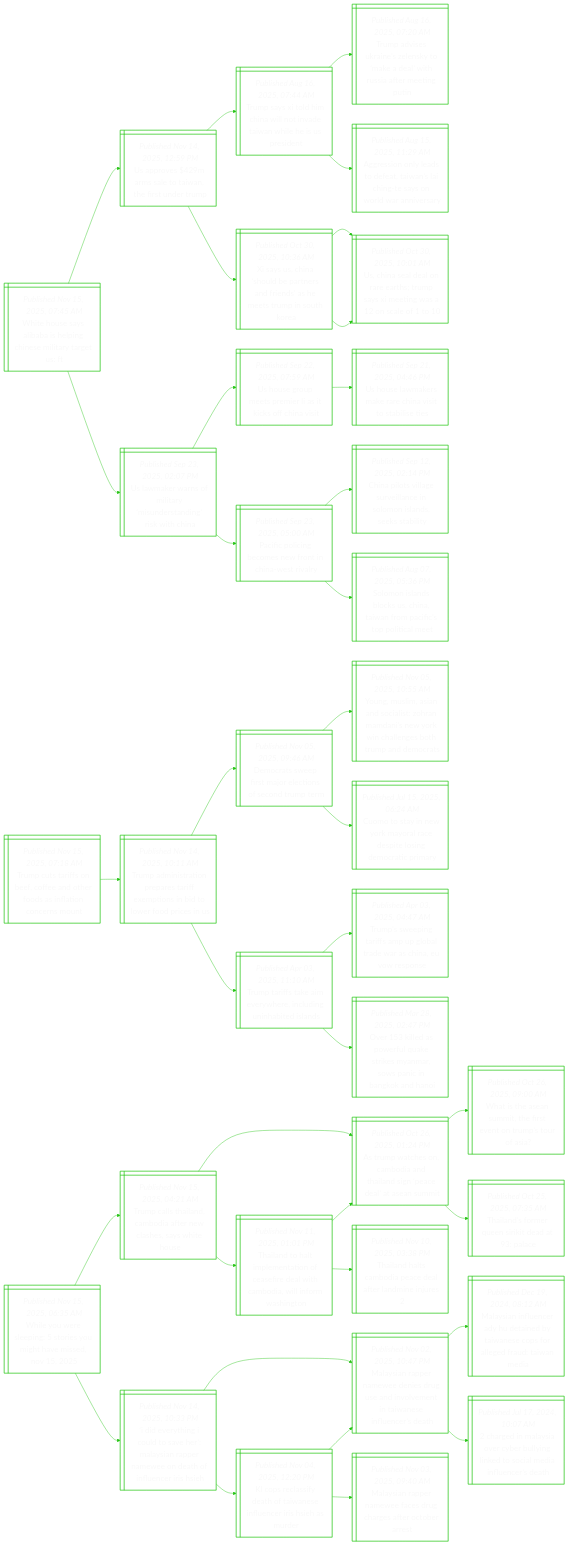
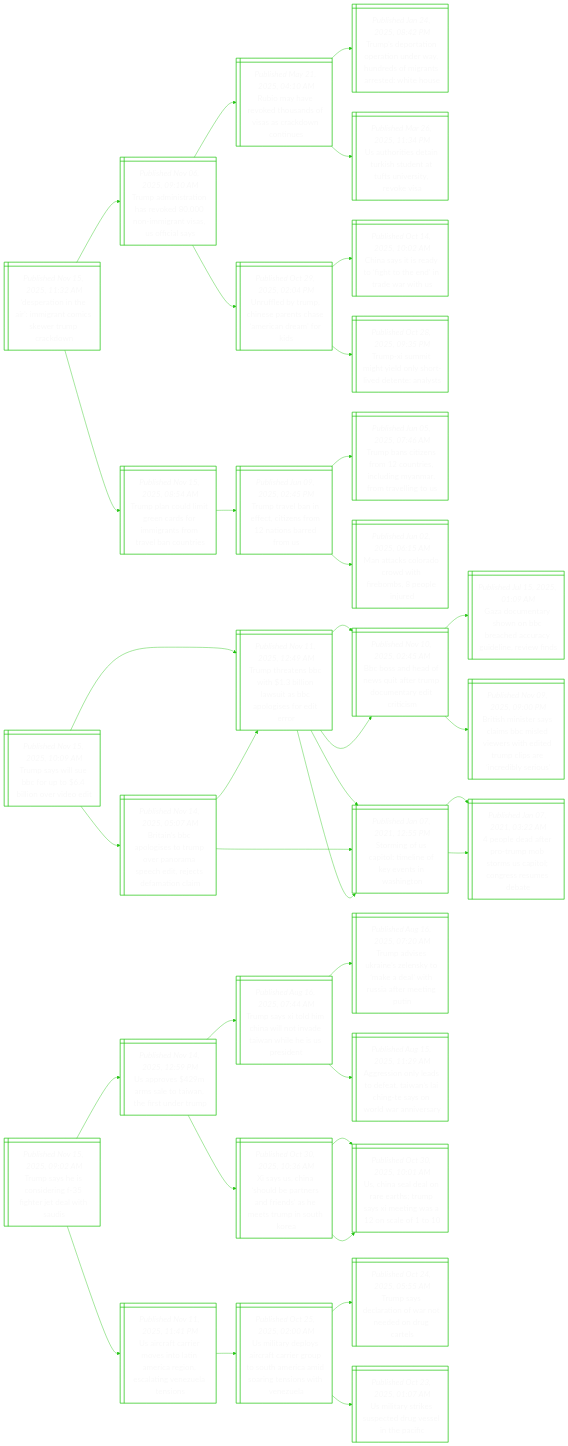
The diagram in README.md (notJmes/notJmes), drawn with Mermaid before and after one commit. The commit also changed other lines of this file, not shown here.

````diff
--- a/README.md
+++ b/README.md
@@ -16,8 +16,85 @@
 flowchart LR
 classDef txtsize font-size:20px;
 
-WHslalCsitt@{ shape: win-pane, label: "_Published Nov 15, 2025, 07:45 AM_
-White house says alibaba is helping chinese military target us: ft" }
+DrnemamkTcd@{ shape: win-pane, label: "_Published Nov 15, 2025, 11:32 AM_
+‘desperation in the air’: immigrant comics skewer trump crackdown" }
+Taitaooitsfl@{ shape: win-pane, label: "_Published Nov 06, 2025, 09:10 AM_
+Trump administration has revoked 80,000 non-immigrant visas, us official says" }
+Rmvohnvacni@{ shape: win-pane, label: "_Published May 21, 2025, 04:10 AM_
+Rubio may have revoked thousands of visas as crackdown continues" }
+TsrornruditeWH@{ shape: win-pane, label: "_Published Jan 24, 2025, 08:42 PM_
+Trump’s deportation operation under way, hundreds of migrants arrested: white house" }
+UhituheTUrre@{ shape: win-pane, label: "_Published Mar 26, 2025, 11:34 PM_
+Us authorities detain turkish student at tufts university, revoke visa" }
+UfypercAcer@{ shape: win-pane, label: "_Published Oct 29, 2025, 02:04 PM_
+Unruffled by trump, chinese parents chase ‘american dream’ for kids" }
+Cstaftetwt@{ shape: win-pane, label: "_Published Oct 14, 2025, 10:02 AM_
+China says it is ready to ‘fight to the end’ in trade war with us" }
+TXmgelreent@{ shape: win-pane, label: "_Published Oct 28, 2025, 09:35 PM_
+Trump-xi summit might yield only short-lived detente: analysts" }
+Tpoiraoitmecr@{ shape: win-pane, label: "_Published Nov 15, 2025, 08:54 AM_
+Trump plan could limit green cards for immigrants from travel ban countries" }
+Ttlncifasem@{ shape: win-pane, label: "_Published Jun 09, 2025, 02:45 PM_
+Trump travel ban in effect, citizens from 12 nations barred from us" }
+Tbinmtidyrtlt@{ shape: win-pane, label: "_Published Jun 05, 2025, 07:46 AM_
+Trump bans citizens from 12 countries, including myanmar, from travelling to us" }
+MtCaoteslu@{ shape: win-pane, label: "_Published Jun 02, 2025, 06:15 AM_
+Man attacks colorado crowd with firebombs, 8 people injured" }
+
+DrnemamkTcd:::txtsize --> Taitaooitsfl:::txtsize
+Taitaooitsfl:::txtsize --> Rmvohnvacni:::txtsize
+Rmvohnvacni:::txtsize --> TsrornruditeWH:::txtsize
+Rmvohnvacni:::txtsize --> UhituheTUrre:::txtsize
+Taitaooitsfl:::txtsize --> UfypercAcer:::txtsize
+UfypercAcer:::txtsize --> Cstaftetwt:::txtsize
+UfypercAcer:::txtsize --> TXmgelreent:::txtsize
+DrnemamkTcd:::txtsize --> Tpoiraoitmecr:::txtsize
+Tpoiraoitmecr:::txtsize --> Ttlncifasem:::txtsize
+Ttlncifasem:::txtsize --> Tbinmtidyrtlt:::txtsize
+Ttlncifasem:::txtsize --> MtCaoteslu:::txtsize
+
+Tsieooieet@{ shape: win-pane, label: "_Published Nov 15, 2025, 10:09 AM_
+Trump says will sue bbc for up to $6.4 billion over video edit" }
+TttBhiwaagfio@{ shape: win-pane, label: "_Published Nov 11, 2025, 12:49 AM_
+Trump threatens bbc with $1.3 billion lawsuit as bbc apologises for edit error" }
+Bshfqfroneri@{ shape: win-pane, label: "_Published Nov 10, 2025, 02:45 AM_
+Bbc boss and head of news quit after trump documentary edit criticism" }
+Gonsobhcyerws@{ shape: win-pane, label: "_Published Jul 15, 2025, 01:09 AM_
+Gaza documentary shown on bbc breached accuracy guideline, review finds" }
+BsislBsisedpsnies@{ shape: win-pane, label: "_Published Nov 09, 2025, 09:00 PM_
+British minister says claims bbc misled viewers with edited trump clips are ‘incredibly serious’" }
+SiUiinenWn@{ shape: win-pane, label: "_Published Jan 07, 2021, 12:55 PM_
+Storming of us capitol: timeline of key events in washington" }
+peapubmalrest@{ shape: win-pane, label: "_Published Jan 07, 2021, 03:22 AM_
+4 people dead after pro-trump mob storms us capitol; congress resumes debate" }
+BiCosueoshrtaoi@{ shape: win-pane, label: "_Published Nov 14, 2025, 05:07 AM_
+Britain’s bbc apologises to trump over panorama speech edit, rejects defamation claim" }
+SiUiinenWn@{ shape: win-pane, label: "_Published Jan 07, 2021, 12:55 PM_
+Storming of us capitol: timeline of key events in washington" }
+peapubmalrest@{ shape: win-pane, label: "_Published Jan 07, 2021, 03:22 AM_
+4 people dead after pro-trump mob storms us capitol; congress resumes debate" }
+TttBhiwaagfio@{ shape: win-pane, label: "_Published Nov 11, 2025, 12:49 AM_
+Trump threatens bbc with $1.3 billion lawsuit as bbc apologises for edit error" }
+Bshfqfroneri@{ shape: win-pane, label: "_Published Nov 10, 2025, 02:45 AM_
+Bbc boss and head of news quit after trump documentary edit criticism" }
+SiUiinenWn@{ shape: win-pane, label: "_Published Jan 07, 2021, 12:55 PM_
+Storming of us capitol: timeline of key events in washington" }
+
+Tsieooieet:::txtsize --> TttBhiwaagfio:::txtsize
+TttBhiwaagfio:::txtsize --> Bshfqfroneri:::txtsize
+Bshfqfroneri:::txtsize --> Gonsobhcyerws:::txtsize
+Bshfqfroneri:::txtsize --> BsislBsisedpsnies:::txtsize
+TttBhiwaagfio:::txtsize --> SiUiinenWn:::txtsize
+SiUiinenWn:::txtsize --> peapubmalrest:::txtsize
+Tsieooieet:::txtsize --> BiCosueoshrtaoi:::txtsize
+BiCosueoshrtaoi:::txtsize --> SiUiinenWn:::txtsize
+SiUiinenWn:::txtsize --> peapubmalrest:::txtsize
+BiCosueoshrtaoi:::txtsize --> TttBhiwaagfio:::txtsize
+TttBhiwaagfio:::txtsize --> Bshfqfroneri:::txtsize
+TttBhiwaagfio:::txtsize --> SiUiinenWn:::txtsize
+
+Tsenrfediu@{ shape: win-pane, label: "_Published Nov 15, 2025, 09:02 AM_
+Trump says he is considering f-35 fighter jet deal with saudis" }
 UrmsoafuT@{ shape: win-pane, label: "_Published Nov 14, 2025, 12:59 PM_
 Us approves $429m arms sale to taiwan, the first under trump" }
 Tsihiliealsen@{ shape: win-pane, label: "_Published Aug 16, 2025, 07:44 AM_
@@ -32,102 +109,25 @@
 Us, china seal deal on rare earths; trump says xi meeting was a 12 on scale of 1 to 10" }
 Unloehmsewne@{ shape: win-pane, label: "_Published Oct 30, 2025, 10:01 AM_
 Us, china seal deal on rare earths; trump says xi meeting was a 12 on scale of 1 to 10" }
-Umwoimdagwh@{ shape: win-pane, label: "_Published Sep 23, 2025, 02:07 PM_
-Us lawmaker warns of military ‘misunderstanding’ risk with china" }
-Usutmikois@{ shape: win-pane, label: "_Published Sep 22, 2025, 07:59 AM_
-Us house group meets premier li as it kicks off china visit" }
-Usmsrhioit@{ shape: win-pane, label: "_Published Sep 21, 2025, 04:46 PM_
-Us house lawmakers make rare china visit to stabilise ties" }
-Piibefintl@{ shape: win-pane, label: "_Published Sep 23, 2025, 05:00 AM_
-Pacific policing becomes new front in china-west rivalry" }
-Cpsarliosssi@{ shape: win-pane, label: "_Published Sep 12, 2025, 02:14 PM_
-China pilots village surveillance in solomon islands, seeks stability" }
-SoalUnwoitlat@{ shape: win-pane, label: "_Published Aug 07, 2025, 05:36 PM_
-Solomon islands blocks us, china, taiwan from pacific’s top political meet" }
+Ucceeonigsteens@{ shape: win-pane, label: "_Published Nov 11, 2025, 11:41 PM_
+Us aircraft carrier moves into latin america region, escalating venezuela tensions" }
+Uidycceuomasnswee@{ shape: win-pane, label: "_Published Oct 25, 2025, 02:00 AM_
+Us military deploys aircraft carrier group to south america amid soaring tensions with venezuela" }
+Tseaonencl@{ shape: win-pane, label: "_Published Oct 24, 2025, 05:55 AM_
+Trump says declaration of war not needed on drug cartels" }
+Uisepdvlef@{ shape: win-pane, label: "_Published Oct 23, 2025, 01:07 AM_
+Us military strikes suspected drug vessel in the pacific" }
 
-WHslalCsitt:::txtsize --> UrmsoafuT:::txtsize
+Tsenrfediu:::txtsize --> UrmsoafuT:::txtsize
 UrmsoafuT:::txtsize --> Tsihiliealsen:::txtsize
 Tsihiliealsen:::txtsize --> TaeaZsmdisfegn:::txtsize
 Tsihiliealsen:::txtsize --> Asoeoawanawwns:::txtsize
 UrmsoafuT:::txtsize --> XsioenneseuSK:::txtsize
 XsioenneseuSK:::txtsize --> Unloehmsewne:::txtsize
 XsioenneseuSK:::txtsize --> Unloehmsewne:::txtsize
-WHslalCsitt:::txtsize --> Umwoimdagwh:::txtsize
-Umwoimdagwh:::txtsize --> Usutmikois:::txtsize
-Usutmikois:::txtsize --> Usmsrhioit:::txtsize
-Umwoimdagwh:::txtsize --> Piibefintl:::txtsize
-Piibefintl:::txtsize --> Cpsarliosssi:::txtsize
-Piibefintl:::txtsize --> SoalUnwoitlat:::txtsize
-
-Tcasefdrsfocm@{ shape: win-pane, label: "_Published Nov 15, 2025, 07:18 AM_
-Trump cuts tariffs on beef, coffee and other foods as inflation concerns mount" }
-Taitreieoblfri@{ shape: win-pane, label: "_Published Nov 14, 2025, 10:11 AM_
-Trump administration prepares tariff exemptions in bid to lower food prices in us" }
-Drwialosdp@{ shape: win-pane, label: "_Published Nov 05, 2025, 09:46 AM_
-Democrats sweep first major elections of second trump term" }
-YMmnoihaiYilehpea@{ shape: win-pane, label: "_Published Nov 05, 2025, 10:55 AM_
-Young, muslim, asian and socialist: zohran mamdani’s new york win challenges both trump and democrats" }
-Ctywmaeiseary@{ shape: win-pane, label: "_Published Jul 15, 2025, 06:24 AM_
-Cuomo to stay in new york mayoral race despite losing democratic primary" }
-Ttfevhniiiss@{ shape: win-pane, label: "_Published Apr 03, 2025, 11:10 AM_
-Trump tariffs take aim everywhere, including uninhabited islands" }
-Tspaspadanop@{ shape: win-pane, label: "_Published Apr 03, 2025, 04:47 AM_
-Trump’s sweeping tariffs amp up global trade war as china, eu vow response" }
-OiaeqsenonBoH@{ shape: win-pane, label: "_Published Mar 28, 2025, 02:47 PM_
-Over 153 killed as powerful quake strikes myanmar, sows panic in bangkok and hanoi" }
-
-Tcasefdrsfocm:::txtsize --> Taitreieoblfri:::txtsize
-Taitreieoblfri:::txtsize --> Drwialosdp:::txtsize
-Drwialosdp:::txtsize --> YMmnoihaiYilehpea:::txtsize
-Drwialosdp:::txtsize --> Ctywmaeiseary:::txtsize
-Taitreieoblfri:::txtsize --> Ttfevhniiiss:::txtsize
-Ttfevhniiiss:::txtsize --> Tspaspadanop:::txtsize
-Ttfevhniiiss:::txtsize --> OiaeqsenonBoH:::txtsize
-
-WYresemhiN@{ shape: win-pane, label: "_Published Nov 15, 2025, 06:35 AM_
-While you were sleeping: 5 stories you might have missed, nov 15, 2025" }
-TcTamarlsWH@{ shape: win-pane, label: "_Published Nov 15, 2025, 04:21 AM_
-Trump calls thailand, cambodia after new clashes, says white house" }
-AmcnoniseeASt@{ shape: win-pane, label: "_Published Oct 26, 2025, 01:24 PM_
-As trump watches on, cambodia and thailand sign ‘peace deal’ at asean summit" }
-WssutreTsoa@{ shape: win-pane, label: "_Published Oct 26, 2025, 09:00 AM_
-What is the asean summit, the first event on trump’s tour of asia?" }
-TaoqSidl@{ shape: win-pane, label: "_Published Oct 25, 2025, 07:35 AM_
-Thailand’s former queen sirikit dead at 93: palace" }
-TahmeicfetbwnWn@{ shape: win-pane, label: "_Published Nov 11, 2025, 01:01 PM_
-Thailand to halt implementation of ceasefire deal with cambodia, will inform washington" }
-Talmaealij@{ shape: win-pane, label: "_Published Nov 10, 2025, 03:38 PM_
-Thailand halts cambodia peace deal after landmine injures 2" }
-AmcnoniseeASt@{ shape: win-pane, label: "_Published Oct 26, 2025, 01:24 PM_
-As trump watches on, cambodia and thailand sign ‘peace deal’ at asean summit" }
-IvhcteaipaeaieIs@{ shape: win-pane, label: "_Published Nov 14, 2025, 10:33 PM_
-‘i did everything i could to save her’: malaysian rapper namewee on death of influencer iris hsieh" }
-MsaNeiuavmnaiesh@{ shape: win-pane, label: "_Published Nov 02, 2025, 10:47 PM_
-Malaysian rapper namewee denies drug use and involvement in taiwanese influencer’s death" }
-Msnndeeaepaeuwd@{ shape: win-pane, label: "_Published Dec 19, 2024, 08:12 AM_
-Malaysian influencer ady hu detained by taiwanese cops for alleged fraud: taiwan media" }
-ceairryitidfce@{ shape: win-pane, label: "_Published Jul 17, 2024, 10:07 AM_
-2 charged in malaysia over cyber bullying linked to social media influencer’s death" }
-Ksayhisleshr@{ shape: win-pane, label: "_Published Nov 04, 2025, 12:20 PM_
-Kl cops reclassify death of taiwanese influencer iris hsieh as murder" }
-MsaNeiuavmnaiesh@{ shape: win-pane, label: "_Published Nov 02, 2025, 10:47 PM_
-Malaysian rapper namewee denies drug use and involvement in taiwanese influencer’s death" }
-MsaNeeggttat@{ shape: win-pane, label: "_Published Nov 03, 2025, 09:40 AM_
-Malaysian rapper namewee faces drug charges after october arrest" }
-
-WYresemhiN:::txtsize --> TcTamarlsWH:::txtsize
-TcTamarlsWH:::txtsize --> AmcnoniseeASt:::txtsize
-AmcnoniseeASt:::txtsize --> WssutreTsoa:::txtsize
-AmcnoniseeASt:::txtsize --> TaoqSidl:::txtsize
-TcTamarlsWH:::txtsize --> TahmeicfetbwnWn:::txtsize
-TahmeicfetbwnWn:::txtsize --> Talmaealij:::txtsize
-TahmeicfetbwnWn:::txtsize --> AmcnoniseeASt:::txtsize
-WYresemhiN:::txtsize --> IvhcteaipaeaieIs:::txtsize
-IvhcteaipaeaieIs:::txtsize --> MsaNeiuavmnaiesh:::txtsize
-MsaNeiuavmnaiesh:::txtsize --> Msnndeeaepaeuwd:::txtsize
-MsaNeiuavmnaiesh:::txtsize --> ceairryitidfce:::txtsize
-IvhcteaipaeaieIs:::txtsize --> Ksayhisleshr:::txtsize
-Ksayhisleshr:::txtsize --> MsaNeiuavmnaiesh:::txtsize
-Ksayhisleshr:::txtsize --> MsaNeeggttat:::txtsize
+Tsenrfediu:::txtsize --> Ucceeonigsteens:::txtsize
+Ucceeonigsteens:::txtsize --> Uidycceuomasnswee:::txtsize
+Uidycceuomasnswee:::txtsize --> Tseaonencl:::txtsize
+Uidycceuomasnswee:::txtsize --> Uisepdvlef:::txtsize
 
 ```
````
